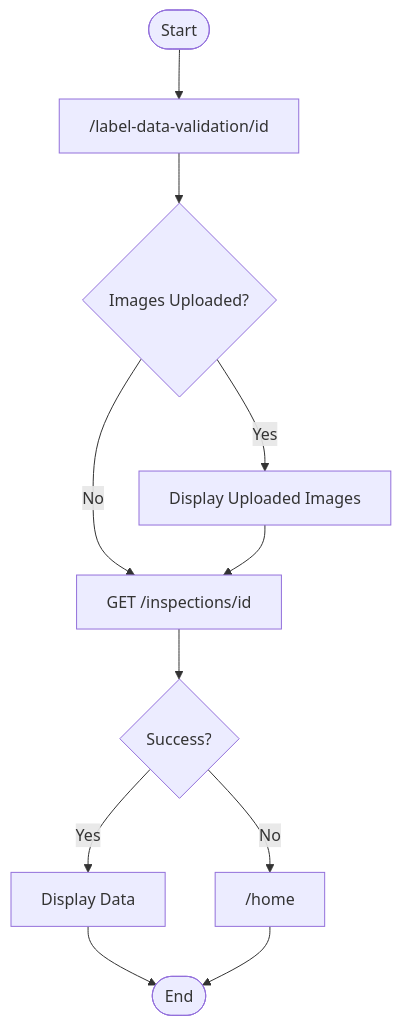
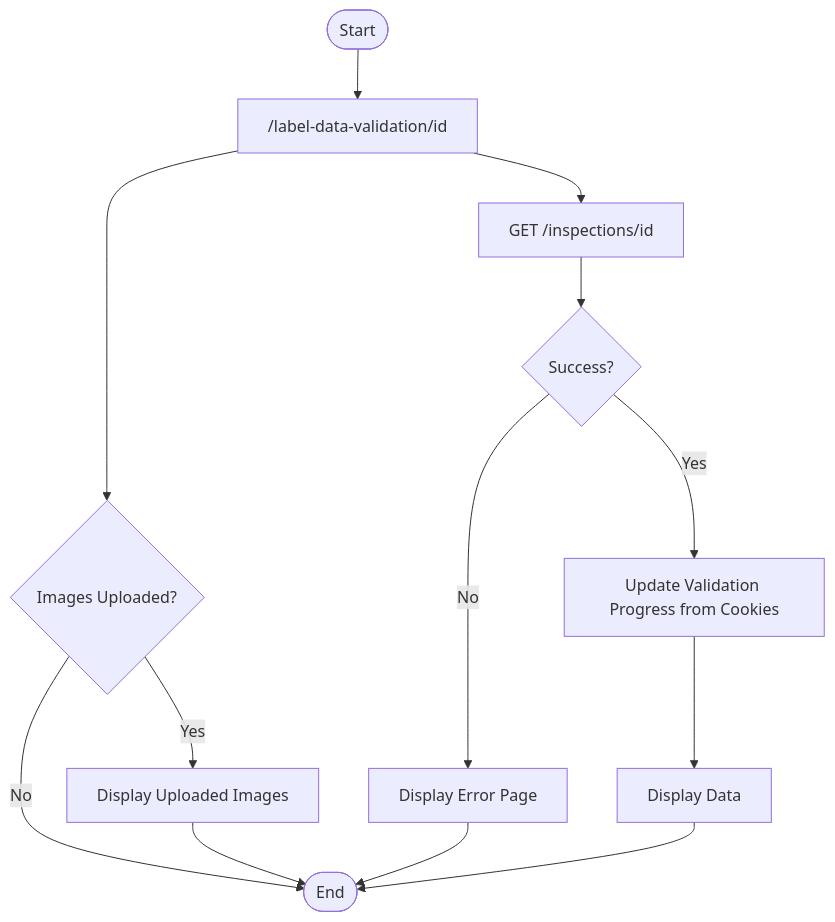
Before and after one commit to ai-cfia/fertiscan-frontend: the second of 2 diagrams in docs/label-data-validation/flowchart.md, drawn with Mermaid. The commit also changed 7 other files, not shown here.

Commit message:
issue #433: save validation progress in cookies

````diff
--- a/docs/label-data-validation/flowchart.md
+++ b/docs/label-data-validation/flowchart.md
@@ -22,13 +22,17 @@
 ```mermaid
 flowchart TD
     Start([Start]) --> LabelDataValidationID["/label-data-validation/id"]
+    
+    %% Parallel branches
     LabelDataValidationID --> ImagesUploaded{Images Uploaded?}
-    ImagesUploaded -->|No| GetInspections[GET /inspections/id]
-    ImagesUploaded -->|Yes| DisplayUploadedImages["Display Uploaded Images"]
-    DisplayUploadedImages --> GetInspections
-    GetInspections --> FetchSuccess{Success?}
-    FetchSuccess -->|No| HomePage["/home"]
-    FetchSuccess -->|Yes| DisplayData["Display Data"]
-    DisplayData --> End([End])
-    HomePage --> End
+    LabelDataValidationID --> FetchInspections[GET /inspections/id]
+    
+    %% Image handling branch
+    ImagesUploaded -->|No| End([End])
+    ImagesUploaded -->|Yes| DisplayUploadedImages["Display Uploaded Images"] --> End
+
+    %% Inspection handling branch
+    FetchInspections --> FetchSuccess{Success?}
+    FetchSuccess -->|No| ErrorPage["Display Error Page"] --> End
+    FetchSuccess -->|Yes| UpdateValidationProgress["Update Validation Progress from Cookies"] --> DisplayData["Display Data"] --> End
 ```
````
